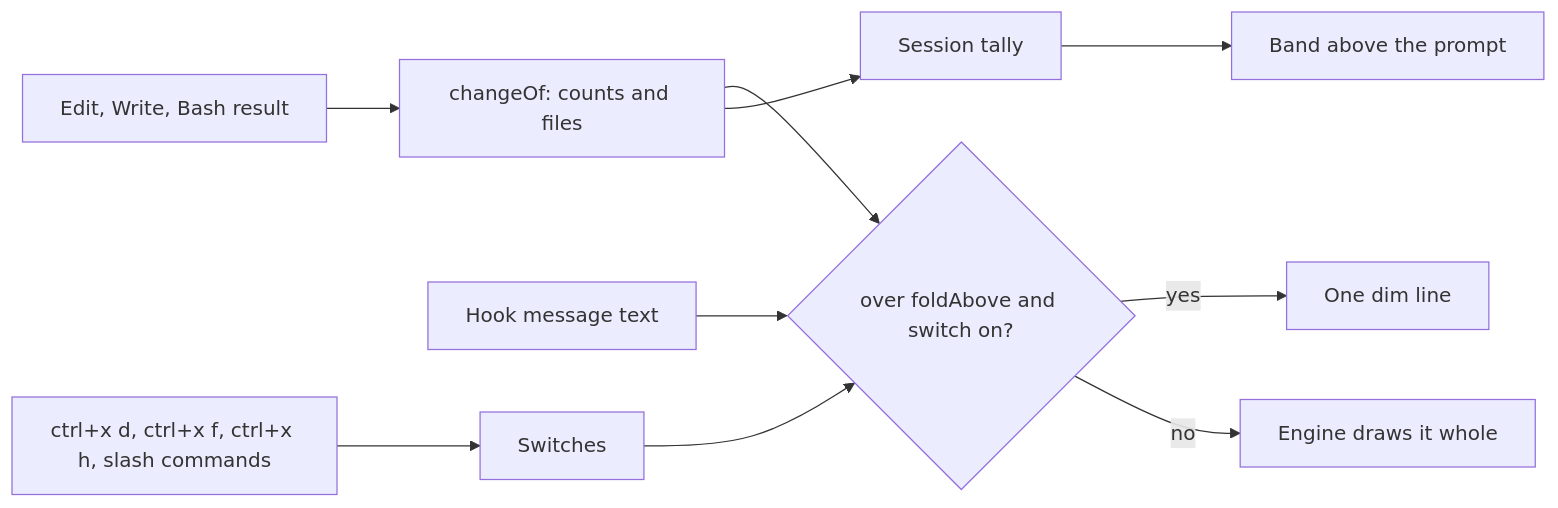
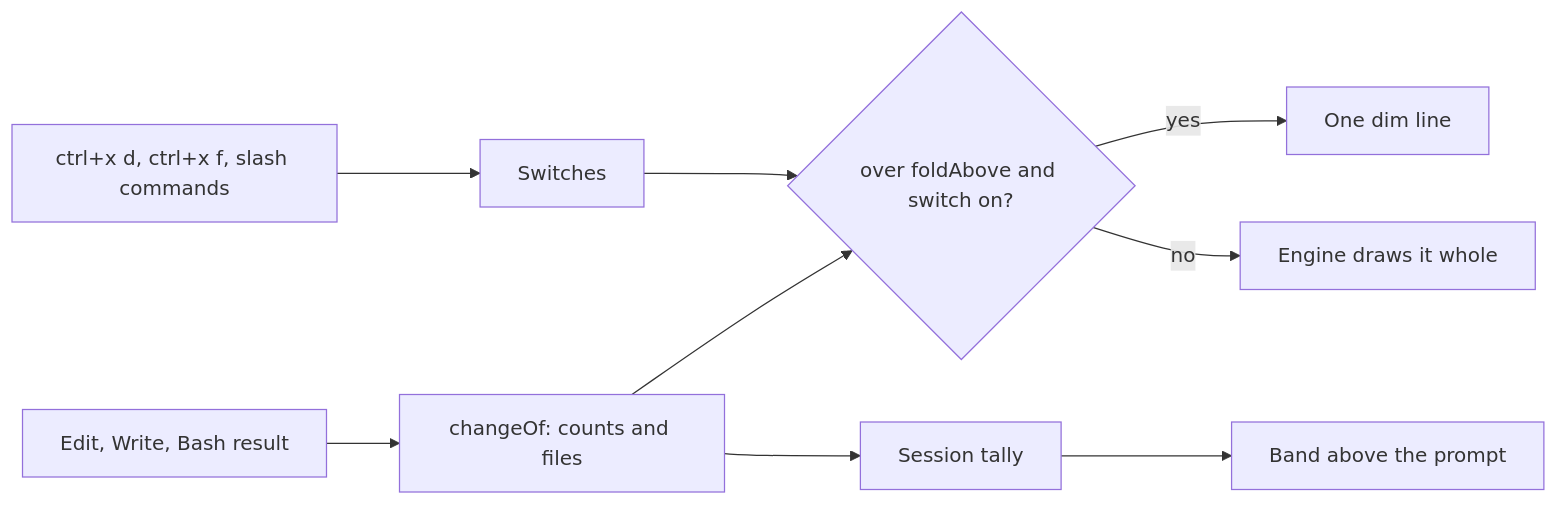
One commit to luis-mc/dev-standards changed the first of 2 diagrams in docs/features/transcript-folds/spec.md. Above: the diagram before and after it, drawn with Mermaid. The commit also changed other lines of this file and 34 other files, not shown here.

````diff
--- a/docs/features/transcript-folds/spec.md
+++ b/docs/features/transcript-folds/spec.md
@@ -37,12 +37,11 @@
 ```mermaid
 flowchart LR
   call[Edit, Write, Bash result] --> chg[changeOf: counts and files]
   chg --> thr{over foldAbove and switch on?}
   thr -- yes --> line[One dim line]
   thr -- no --> full[Engine draws it whole]
   chg --> tally[Session tally]
   tally --> band[Band above the prompt]
-  hook[Hook message text] --> thr
-  keys[ctrl+x d, ctrl+x f, ctrl+x h, slash commands] --> sw[Switches]
+  keys[ctrl+x d, ctrl+x f, slash commands] --> sw[Switches]
   sw --> thr
 ```
````
